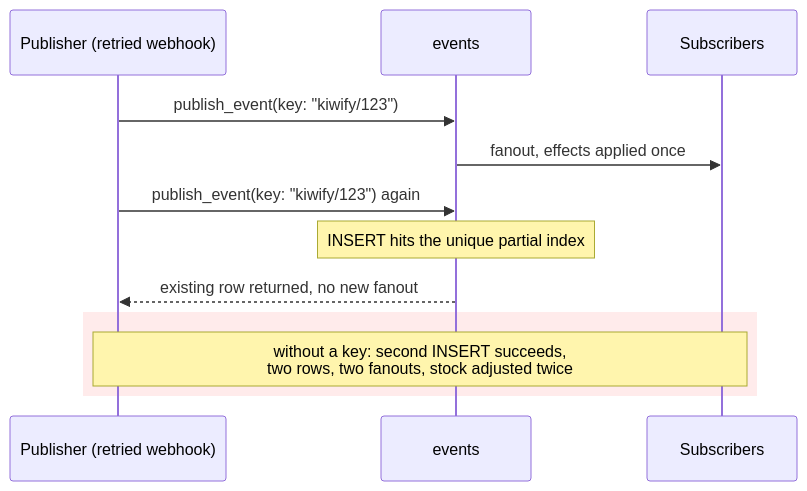
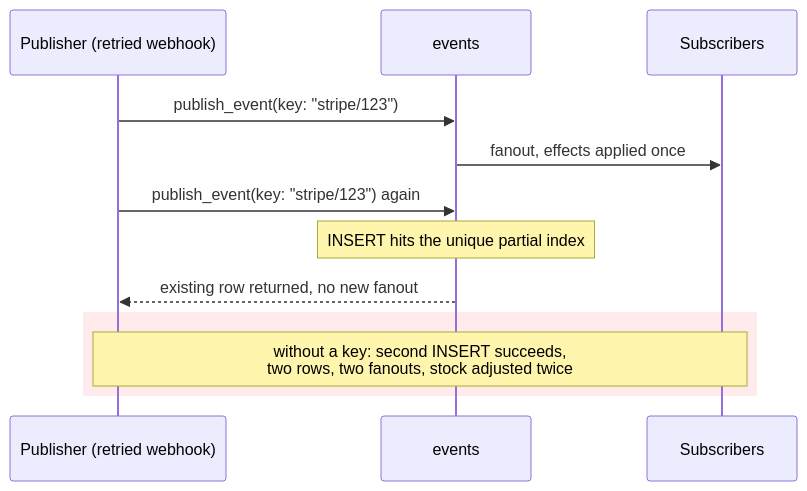
The diagram in README.md (wcalderipe/rails-vanilla-domain-events), drawn with Mermaid before and after one commit. The commit also changed other lines of this file, not shown here.

Commit message:
docs: use stripe in the idempotence key example

````diff
--- a/README.md
+++ b/README.md
@@ -81,17 +81,17 @@
 ```mermaid
 sequenceDiagram
   participant P as Publisher (retried webhook)
   participant E as events
   participant S as Subscribers
 
-  P->>E: publish_event(key: "kiwify/123")
+  P->>E: publish_event(key: "stripe/123")
   E->>S: fanout, effects applied once
 
-  P->>E: publish_event(key: "kiwify/123") again
+  P->>E: publish_event(key: "stripe/123") again
   note over E: INSERT hits the unique partial index
   E-->>P: existing row returned, no new fanout
 
   rect rgb(255, 235, 235)
     note over P,S: without a key: second INSERT succeeds,<br/>two rows, two fanouts, stock adjusted twice
   end
 ```
````
